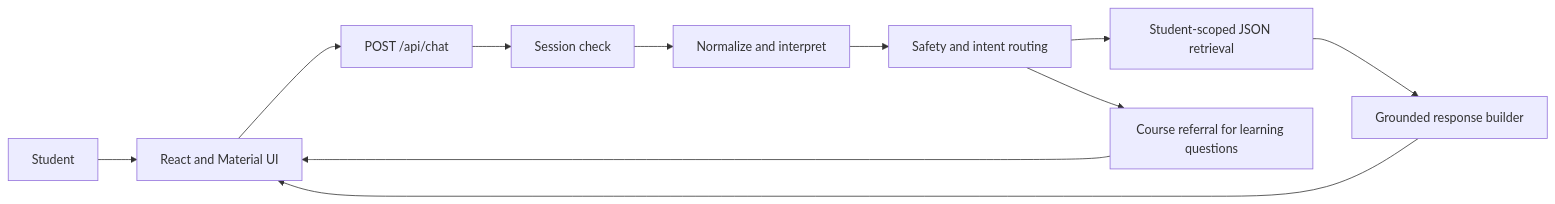
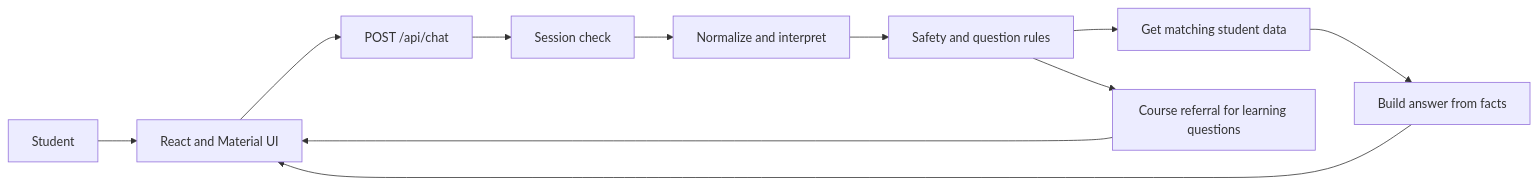
The diagram in docs/TECH_STACK_AND_WORKING.md (iArushi/student-support-copilot), drawn with Mermaid before and after one commit. The commit also changed other lines of this file and 2 other files, not shown here.

````diff
--- a/docs/TECH_STACK_AND_WORKING.md
+++ b/docs/TECH_STACK_AND_WORKING.md
@@ -45,13 +45,13 @@
 ```mermaid
 flowchart LR
     Student --> UI[React and Material UI]
     UI --> API[POST /api/chat]
     API --> Auth[Session check]
     Auth --> Understand[Normalize and interpret]
-    Understand --> Policy[Safety and intent routing]
-    Policy --> Retrieve[Student-scoped JSON retrieval]
-    Retrieve --> Response[Grounded response builder]
+    Understand --> Policy[Safety and question rules]
+    Policy --> Retrieve[Get matching student data]
+    Retrieve --> Response[Build answer from facts]
     Response --> UI
     Policy --> Referral[Course referral for learning questions]
     Referral --> UI
 ```
````
